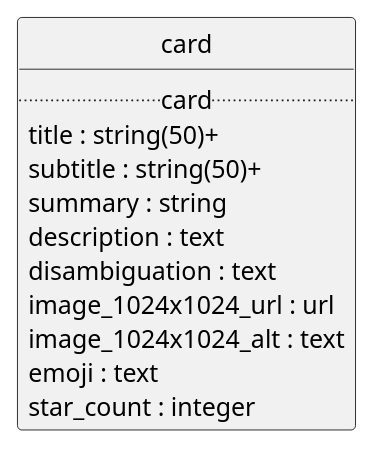
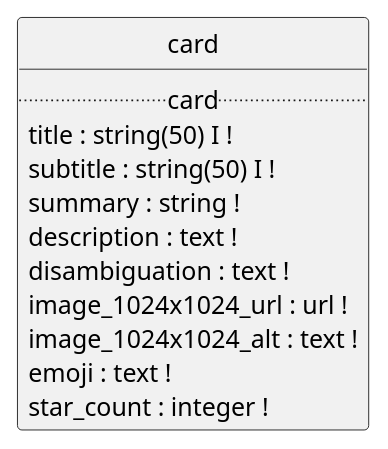
The diagram in api/card/uml.plantuml (contactopensource/contactopensource), drawn with PlantUML before and after one commit. The commit also changed 111 other files, not shown here.

```diff
--- a/api/card/uml.plantuml
+++ b/api/card/uml.plantuml
@@ -1,19 +1,19 @@
 @startuml uml
 skinparam monochrome true
 skinparam linetype ortho
 hide circle
 
 entity card {
   .. card ..
-  title : string(50)+
-  subtitle : string(50)+
-  summary : string
-  description : text
-  disambiguation : text
-  image_1024x1024_url : url
-  image_1024x1024_alt : text
-  emoji : text
-  star_count : integer
+  title : string(50) I !
+  subtitle : string(50) I !
+  summary : string !
+  description : text !
+  disambiguation : text !
+  image_1024x1024_url : url !
+  image_1024x1024_alt : text !
+  emoji : text !
+  star_count : integer !
 }
 
 @enduml
```
